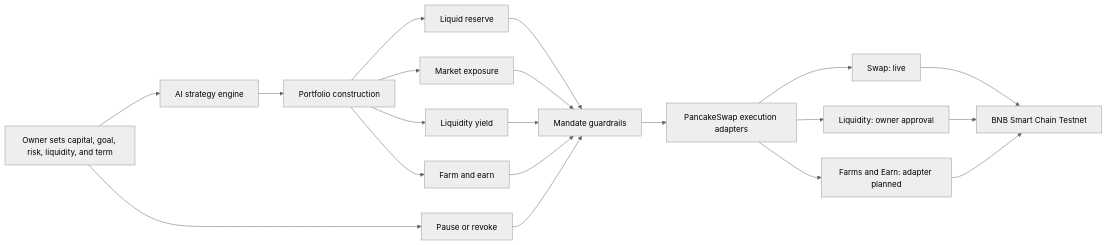
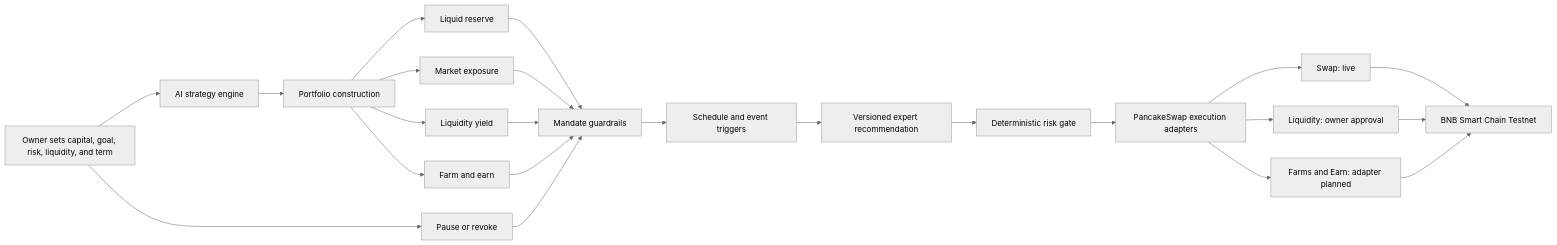
One commit to FeeeeelixWong/mandatefi changed the diagram in README.md. Above: the diagram before and after it, drawn with Mermaid (neutral theme). The commit also changed other lines of this file and 14 other files, not shown here.

````diff
--- a/README.md
+++ b/README.md
@@ -17,22 +17,25 @@
 ```mermaid
 flowchart LR
   O["Owner sets capital, goal, risk, liquidity, and term"] --> A["AI strategy engine"]
   A --> C["Portfolio construction"]
   C --> R["Liquid reserve"]
   C --> M["Market exposure"]
   C --> L["Liquidity yield"]
   C --> E["Farm and earn"]
   R --> G["Mandate guardrails"]
   M --> G
   L --> G
   E --> G
-  G --> X["PancakeSwap execution adapters"]
+  G --> T["Schedule and event triggers"]
+  T --> Q["Versioned expert recommendation"]
+  Q --> D["Deterministic risk gate"]
+  D --> X["PancakeSwap execution adapters"]
   X --> S["Swap: live"]
   X --> P["Liquidity: owner approval"]
   X --> F["Farms and Earn: adapter planned"]
   S --> B["BNB Smart Chain Testnet"]
   P --> B
   F --> B
   O --> V["Pause or revoke"]
   V --> G
 ```
````
